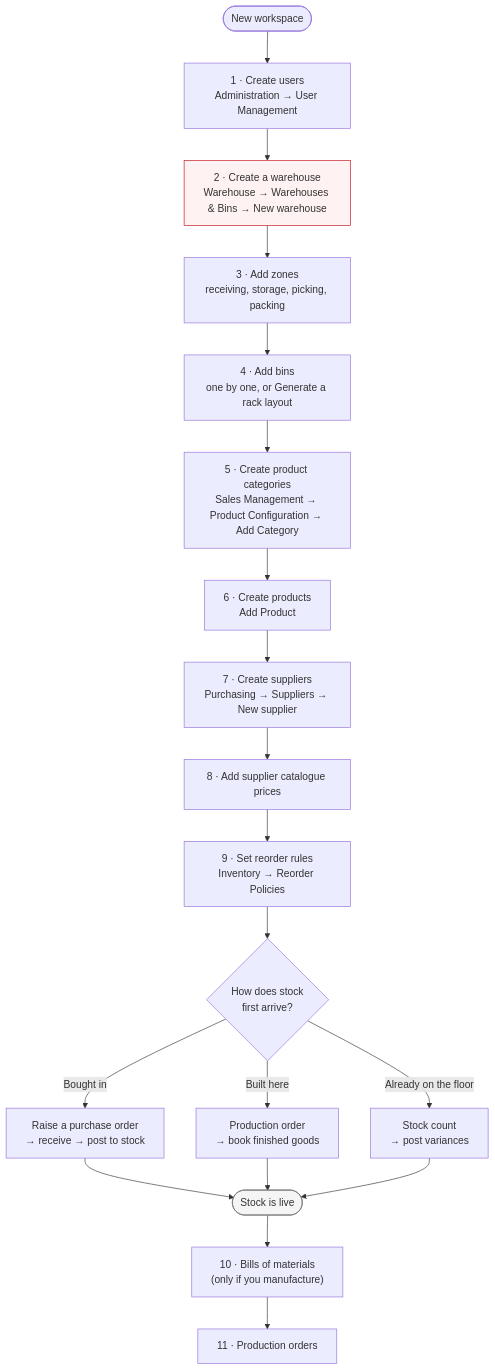
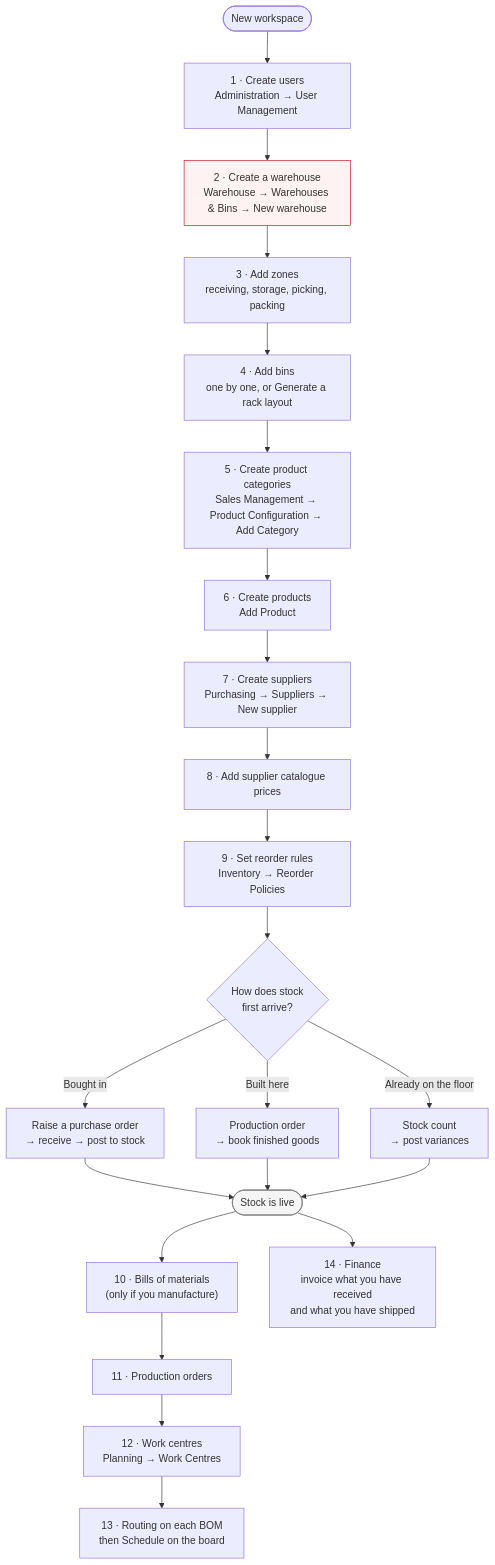
One commit to akashdewanganIG/ralli-wolf changed the second of 10 diagrams in docs/USER_FLOWS.md. Above: the diagram before and after it, drawn with Mermaid. The commit also changed other lines of this file and 62 other files, not shown here.

Commit message:
feat: integrated production planning and finance management plus ui changes in dashboard

````diff
--- a/docs/USER_FLOWS.md
+++ b/docs/USER_FLOWS.md
@@ -63,27 +63,31 @@
 ```mermaid
 flowchart TD
     START([New workspace]) --> U["1 · Create users<br/>Administration → User Management"]
     U --> W["2 · Create a warehouse<br/>Warehouse → Warehouses & Bins → New warehouse"]
     W --> Z["3 · Add zones<br/>receiving, storage, picking, packing"]
     Z --> B["4 · Add bins<br/>one by one, or Generate a rack layout"]
     B --> C["5 · Create product categories<br/>Sales Management → Product Configuration → Add Category"]
     C --> P["6 · Create products<br/>Add Product"]
     P --> S["7 · Create suppliers<br/>Purchasing → Suppliers → New supplier"]
     S --> SC["8 · Add supplier catalogue prices"]
     SC --> R["9 · Set reorder rules<br/>Inventory → Reorder Policies"]
     R --> STOCK{"How does stock<br/>first arrive?"}
 
     STOCK -->|"Bought in"| PO["Raise a purchase order<br/>→ receive → post to stock"]
     STOCK -->|"Built here"| MFG["Production order<br/>→ book finished goods"]
     STOCK -->|"Already on the floor"| CNT["Stock count<br/>→ post variances"]
 
     PO --> LIVE([Stock is live])
     MFG --> LIVE
     CNT --> LIVE
 
     LIVE --> BOM["10 · Bills of materials<br/>(only if you manufacture)"]
     BOM --> PRODN["11 · Production orders"]
+    PRODN --> WC["12 · Work centres<br/>Planning → Work Centres"]
+    WC --> ROUTE["13 · Routing on each BOM<br/>then Schedule on the board"]
+
+    LIVE --> FIN["14 · Finance<br/>invoice what you have received<br/>and what you have shipped"]
 
     style W fill:#fef2f2,stroke:#c5101b
     style LIVE fill:#f5f5f5,stroke:#737373
 ```
````
